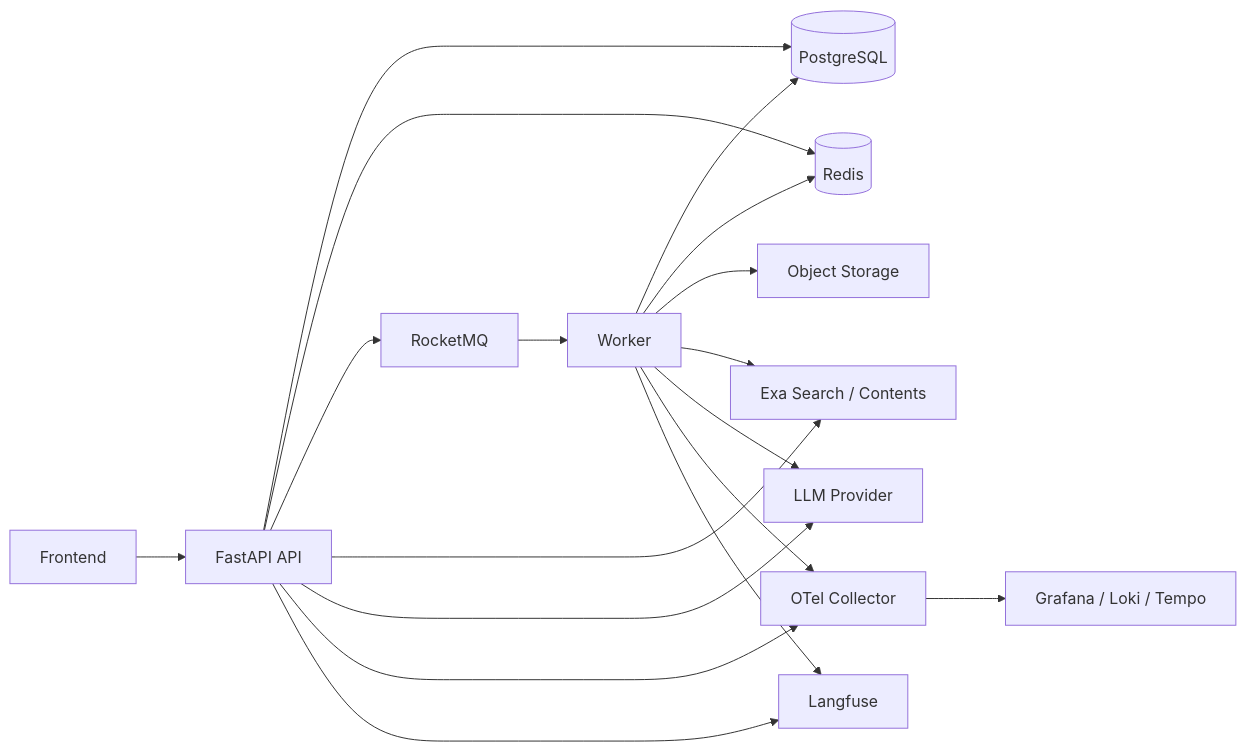
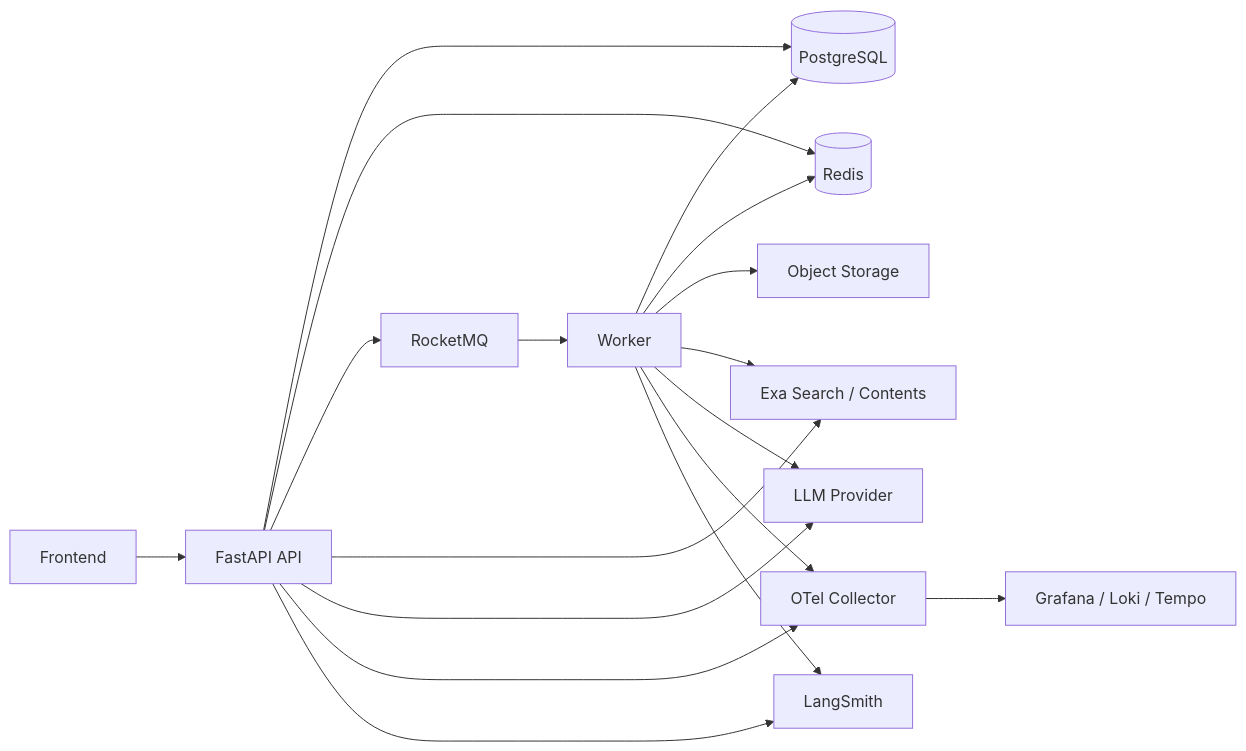
Before and after one commit to jiyue333/notebooklm: the first of 7 diagrams in backend/plan.md, drawn with Mermaid. The commit also changed other lines of this file and 125 other files, not shown here.

````diff
--- a/backend/plan.md
+++ b/backend/plan.md
@@ -47,22 +47,22 @@
 ```mermaid
 flowchart LR
   FE[Frontend] --> API[FastAPI API]
   API --> PG[(PostgreSQL)]
   API --> REDIS[(Redis)]
   API --> MQ[RocketMQ]
   API --> EXA[Exa Search / Contents]
   API --> LLM[LLM Provider]
 
   MQ --> WORKER[Worker]
   WORKER --> PG
   WORKER --> REDIS
   WORKER --> S3[Object Storage]
   WORKER --> EXA
   WORKER --> LLM
 
   API --> OTEL[OTel Collector]
   WORKER --> OTEL
   OTEL --> GRAFANA[Grafana / Loki / Tempo]
-  API --> LANGFUSE[Langfuse]
-  WORKER --> LANGFUSE
+  API --> LANGSMITH[LangSmith]
+  WORKER --> LANGSMITH
 ```
````
